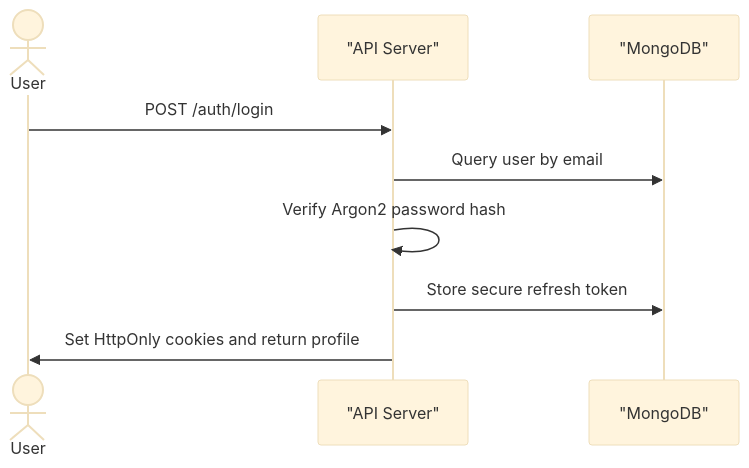
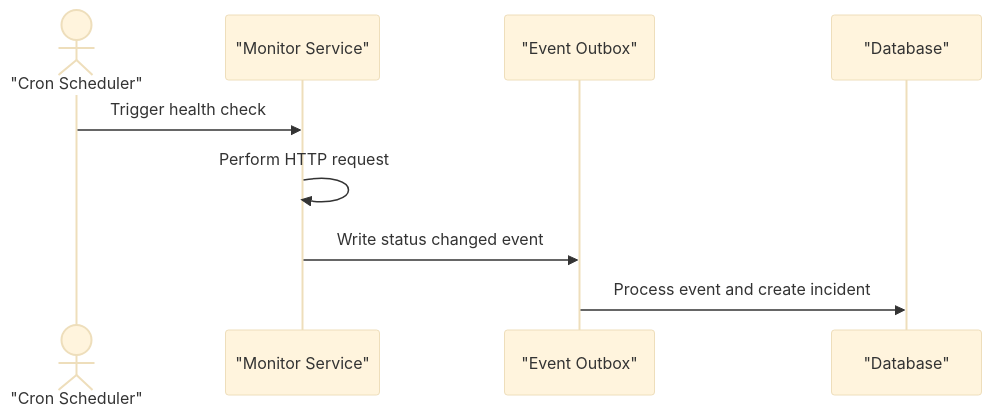
The third of 3 diagrams in apps/server/README.md (onosejoor/operatio), drawn with Mermaid (base theme) before and after one commit. The commit also changed other lines of this file and 2 other files, not shown here.

Commit message:
feat: add console logs for debugging in public status hooks and header components

````diff
--- a/apps/server/README.md
+++ b/apps/server/README.md
@@ -100,12 +88,12 @@
 ```mermaid
 sequenceDiagram
-  actor User
-  participant API as "API Server"
-  participant DB as "MongoDB"
+  actor Scheduler as "Cron Scheduler"
+  participant Checker as "Monitor Service"
+  participant Outbox as "Event Outbox"
+  participant DB as "Database"
 
-  User->>API: POST /auth/login
-  API->>DB: Query user by email
-  API->>API: Verify Argon2 password hash
-  API->>DB: Store secure refresh token
-  API->>User: Set HttpOnly cookies and return profile
+  Scheduler->>Checker: Trigger health check
+  Checker->>Checker: Perform HTTP request
+  Checker->>Outbox: Write status changed event
+  Outbox->>DB: Process event and create incident
 ```
````
